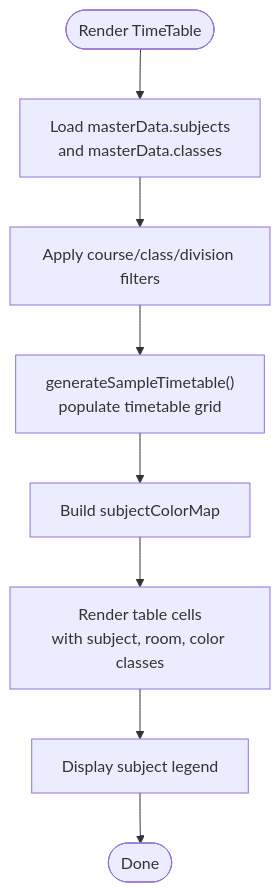
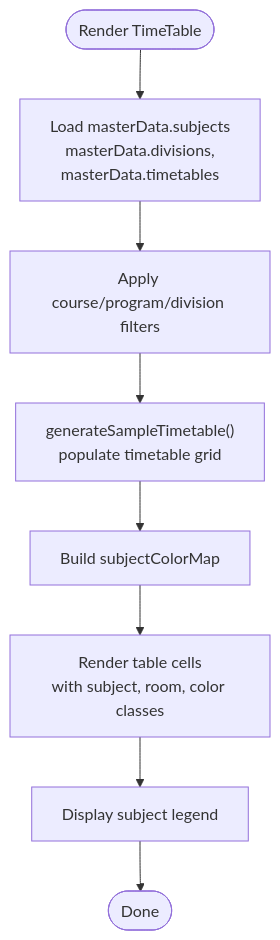
Before and after one commit to Aryan9060/Timetable-Project: the ninth of 10 diagrams in .qoder/repowiki/en/content/Timetable Generation System/Timetable Generation System.md, drawn with Mermaid. The commit also changed other lines of this file and 15 other files, not shown here.

````diff
--- a/.qoder/repowiki/en/content/Timetable Generation System/Timetable Generation System.md
+++ b/.qoder/repowiki/en/content/Timetable Generation System/Timetable Generation System.md
@@ -326,10 +512,10 @@
 ```mermaid
 flowchart TD
-Start(["Render TimeTable"]) --> LoadData["Load masterData.subjects<br/>and masterData.classes"]
-LoadData --> Filters["Apply course/class/division filters"]
+Start(["Render TimeTable"]) --> LoadData["Load masterData.subjects<br/>masterData.divisions,<br/>masterData.timetables"]
+LoadData --> Filters["Apply course/program/division filters"]
 Filters --> Generate["generateSampleTimetable()<br/>populate timetable grid"]
 Generate --> ColorMap["Build subjectColorMap"]
 ColorMap --> Render["Render table cells<br/>with subject, room, color classes"]
 Render --> Legend["Display subject legend"]
 Legend --> End(["Done"])
 ```
````
